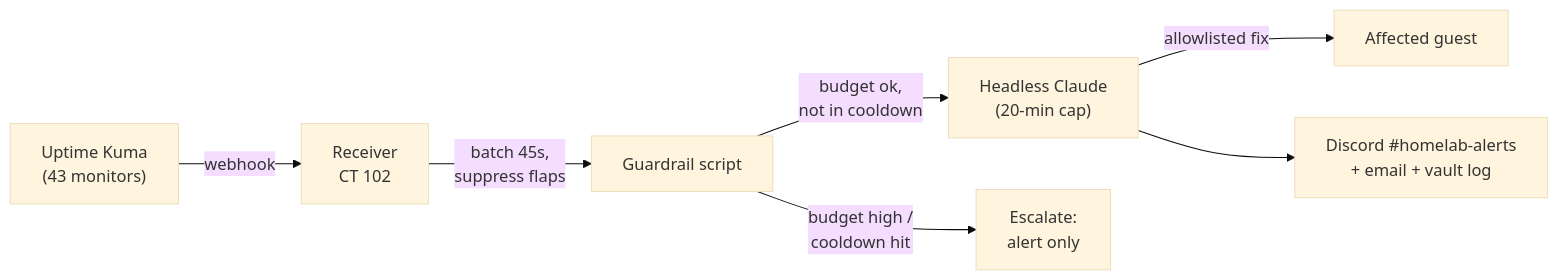
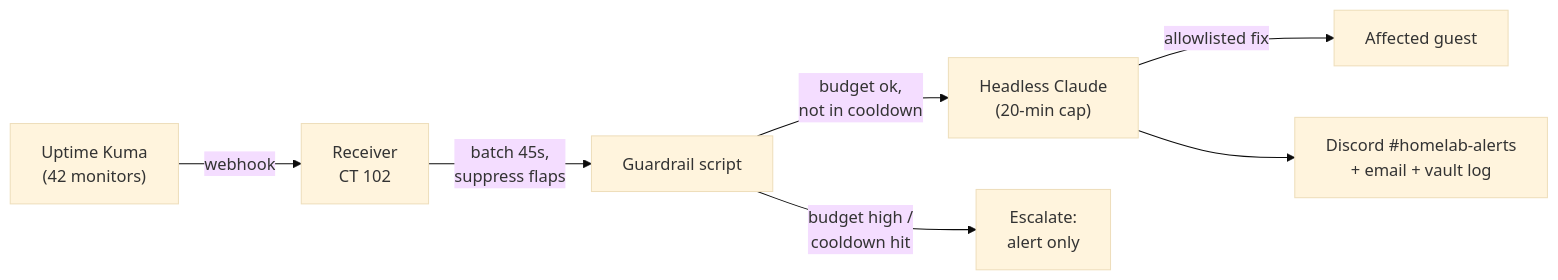
One commit to taylordbowers/homelab changed the diagram in docs/services/automation/self-healing.md. Above: the diagram before and after it, drawn with Mermaid (base theme). The commit also changed 4 other files, not shown here.

````diff
--- a/docs/services/automation/self-healing.md
+++ b/docs/services/automation/self-healing.md
@@ -7,9 +7,9 @@
 ```mermaid
 graph LR
-    Kuma["Uptime Kuma\n(43 monitors)"] -->|webhook| Recv["Receiver\nCT 102"]
+    Kuma["Uptime Kuma\n(42 monitors)"] -->|webhook| Recv["Receiver\nCT 102"]
     Recv -->|batch 45s,\nsuppress flaps| Guard["Guardrail script"]
     Guard -->|budget ok,\nnot in cooldown| Claude["Headless Claude\n(20-min cap)"]
     Claude -->|allowlisted fix| Target["Affected guest"]
     Claude --> Report["Discord #homelab-alerts\n+ email + vault log"]
     Guard -->|budget high /\ncooldown hit| Esc["Escalate:\nalert only"]
 ```
````
